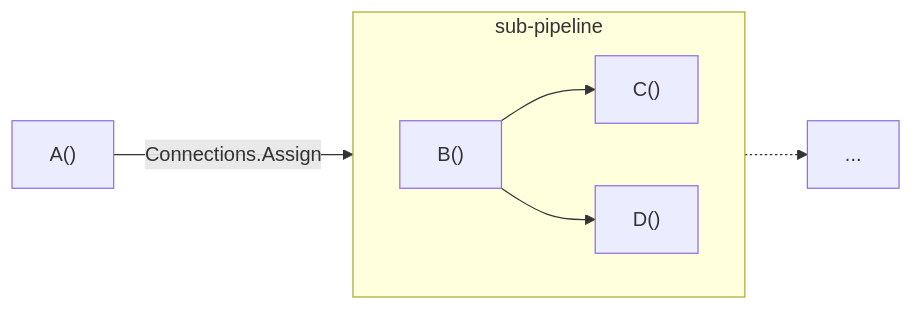
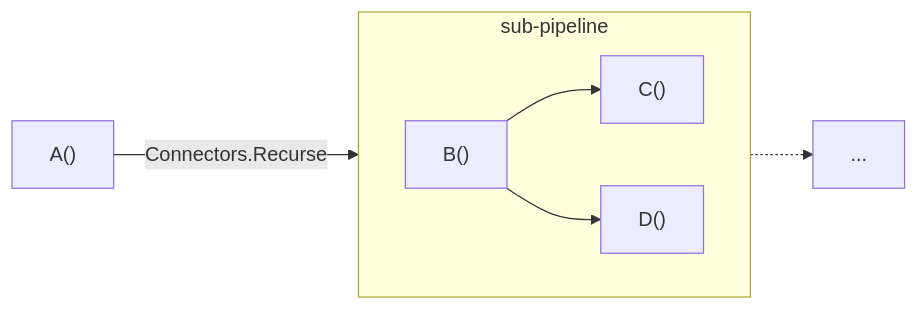
The seventh of 14 diagrams in docs/4. Arborform.md (rlayers/pawpaw), drawn with Mermaid before and after one commit. The commit also changed other lines of this file and 9 other files, not shown here.

````diff
--- a/docs/4. Arborform.md
+++ b/docs/4. Arborform.md
@@ -254,10 +254,10 @@
 ```mermaid
 flowchart LR
-  A["A()"] -->|"Connections.Assign"| sub-pipeline
+  A["A()"] -->|"Connectors.Recurse"| sub-pipeline
   subgraph sub-pipeline
     direction LR
     B["B()"] --> C["C()"]
     B --> D["D()"]
   end
   sub-pipeline -.-> E[...]
 ```
````
